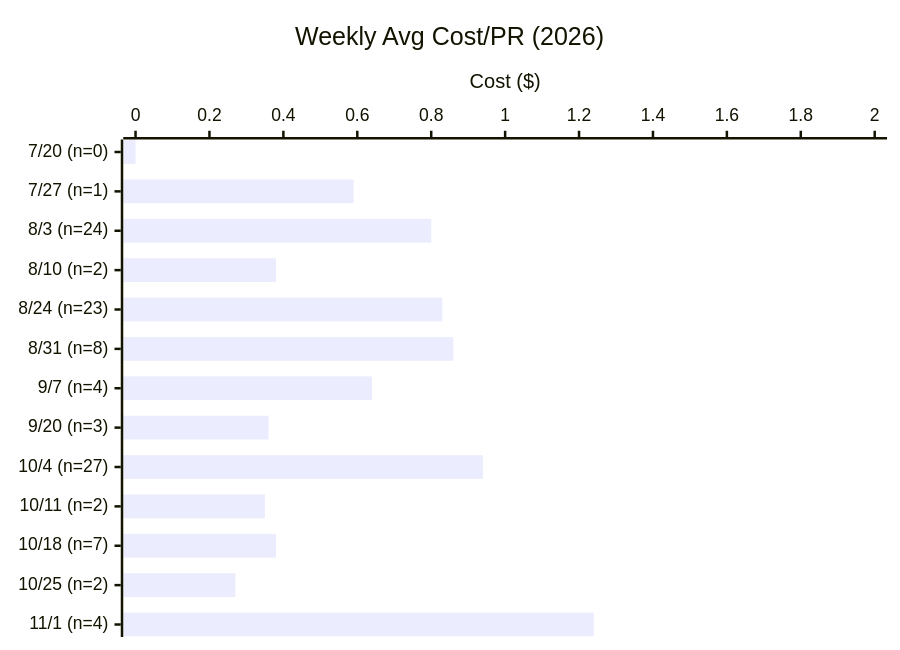
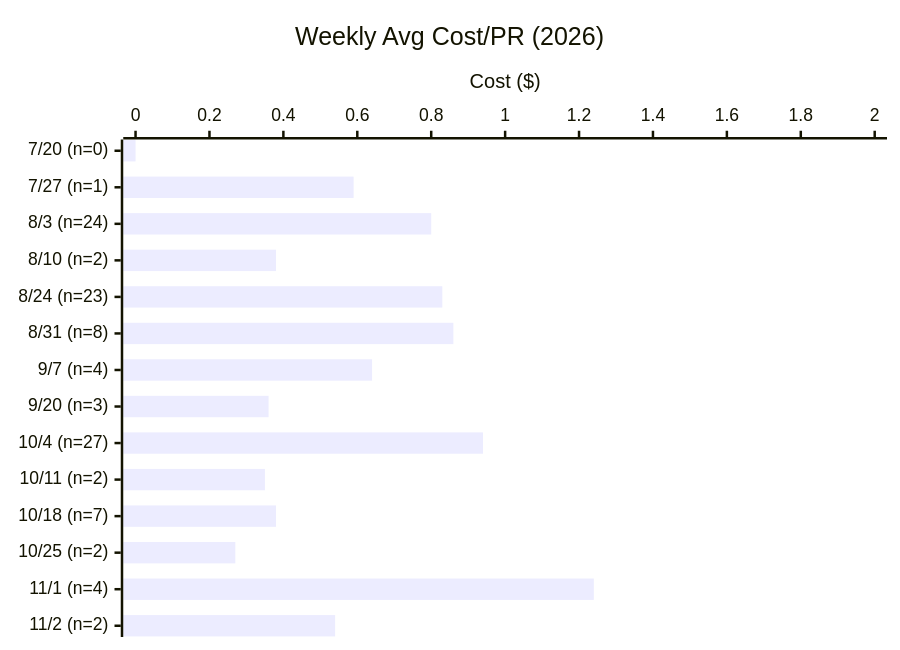
Before and after one commit to Sanctum-Origo-Systems/patina: the second of 3 diagrams in EVAL.md, drawn with Mermaid. The commit also changed other lines of this file and 1 other file, not shown here.

````diff
--- a/EVAL.md
+++ b/EVAL.md
@@ -114,7 +27,7 @@
 ```mermaid
 xychart-beta horizontal
     title "Weekly Avg Cost/PR (2026)"
-    x-axis ["7/20 (n=0)", "7/27 (n=1)", "8/3 (n=24)", "8/10 (n=2)", "8/24 (n=23)", "8/31 (n=8)", "9/7 (n=4)", "9/20 (n=3)", "10/4 (n=27)", "10/11 (n=2)", "10/18 (n=7)", "10/25 (n=2)", "11/1 (n=4)"]
+    x-axis ["7/20 (n=0)", "7/27 (n=1)", "8/3 (n=24)", "8/10 (n=2)", "8/24 (n=23)", "8/31 (n=8)", "9/7 (n=4)", "9/20 (n=3)", "10/4 (n=27)", "10/11 (n=2)", "10/18 (n=7)", "10/25 (n=2)", "11/1 (n=4)", "11/2 (n=2)"]
     y-axis "Cost ($)" 0 --> 2
-    bar [0.00, 0.59, 0.80, 0.38, 0.83, 0.86, 0.64, 0.36, 0.94, 0.35, 0.38, 0.27, 1.24]
+    bar [0.00, 0.59, 0.80, 0.38, 0.83, 0.86, 0.64, 0.36, 0.94, 0.35, 0.38, 0.27, 1.24, 0.54]
 ```
````
